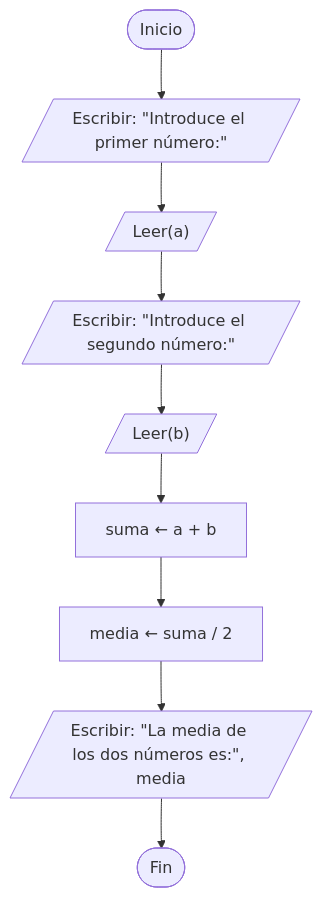
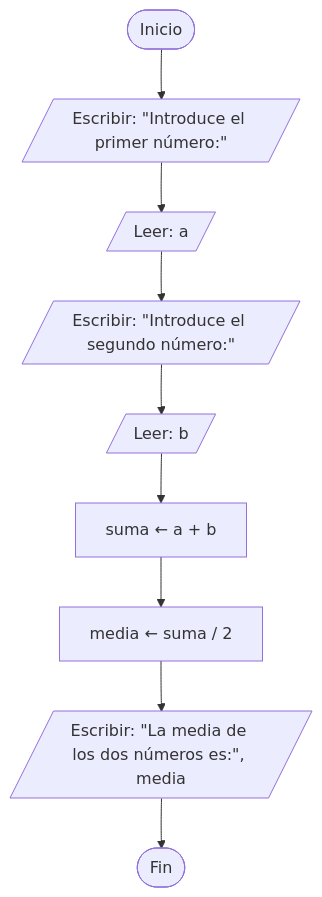
The second of 2 diagrams in 02_algoritmos/teoria/T2_ICC.md (jjcastroschez/Introduccion-Computacion-Cientifica), drawn with Mermaid before and after one commit. The commit also changed other lines of this file and 2 other files, not shown here.

````diff
--- a/02_algoritmos/teoria/T2_ICC.md
+++ b/02_algoritmos/teoria/T2_ICC.md
@@ -208,11 +223,11 @@
 ```mermaid
 flowchart TD
     A([Inicio]) --> B[/Escribir: "Introduce el primer número:"/]
-    B --> C[/"Leer(a)"/]
+    B --> C[/"Leer: a"/]
     C --> D[/Escribir: "Introduce el segundo número:"/]
-    D --> E[/"Leer(b)"/]
+    D --> E[/"Leer: b"/]
     E --> F[suma ← a + b]
     F --> G[media ← suma / 2]
     G --> H[/Escribir: "La media de los dos números es:", media/]
     H --> I([Fin])
 ```
````
